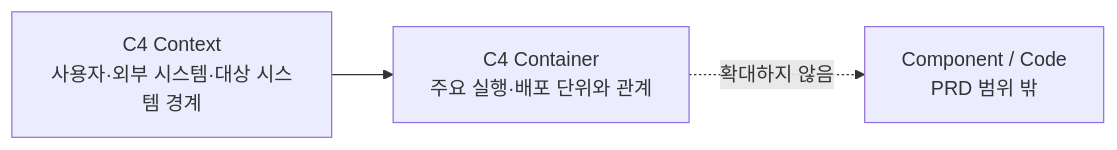
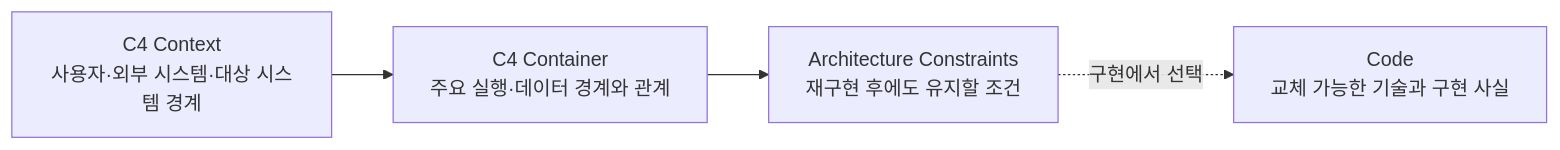
Before and after one commit to haandol/alps-writer-mcp: the diagram in docs/adr/alps-authoring/c4-architecture/0001-context-and-container-only-prd-architecture.md, drawn with Mermaid. The commit also changed other lines of this file and 55 other files, not shown here.

````diff
--- a/docs/adr/alps-authoring/c4-architecture/0001-context-and-container-only-prd-architecture.md
+++ b/docs/adr/alps-authoring/c4-architecture/0001-context-and-container-only-prd-architecture.md
@@ -26,9 +27,11 @@
 ```mermaid
 flowchart LR
     Context["C4 Context<br/>사용자·외부 시스템·대상 시스템 경계"]
-    Container["C4 Container<br/>주요 실행·배포 단위와 관계"]
-    Detail["Component / Code<br/>PRD 범위 밖"]
+    Container["C4 Container<br/>주요 실행·데이터 경계와 관계"]
+    Constraints["Architecture Constraints<br/>재구현 후에도 유지할 조건"]
+    Code["Code<br/>교체 가능한 기술과 구현 사실"]
 
     Context --> Container
-    Container -. "확대하지 않음" .-> Detail
+    Container --> Constraints
+    Constraints -. "구현에서 선택" .-> Code
 ```
````
